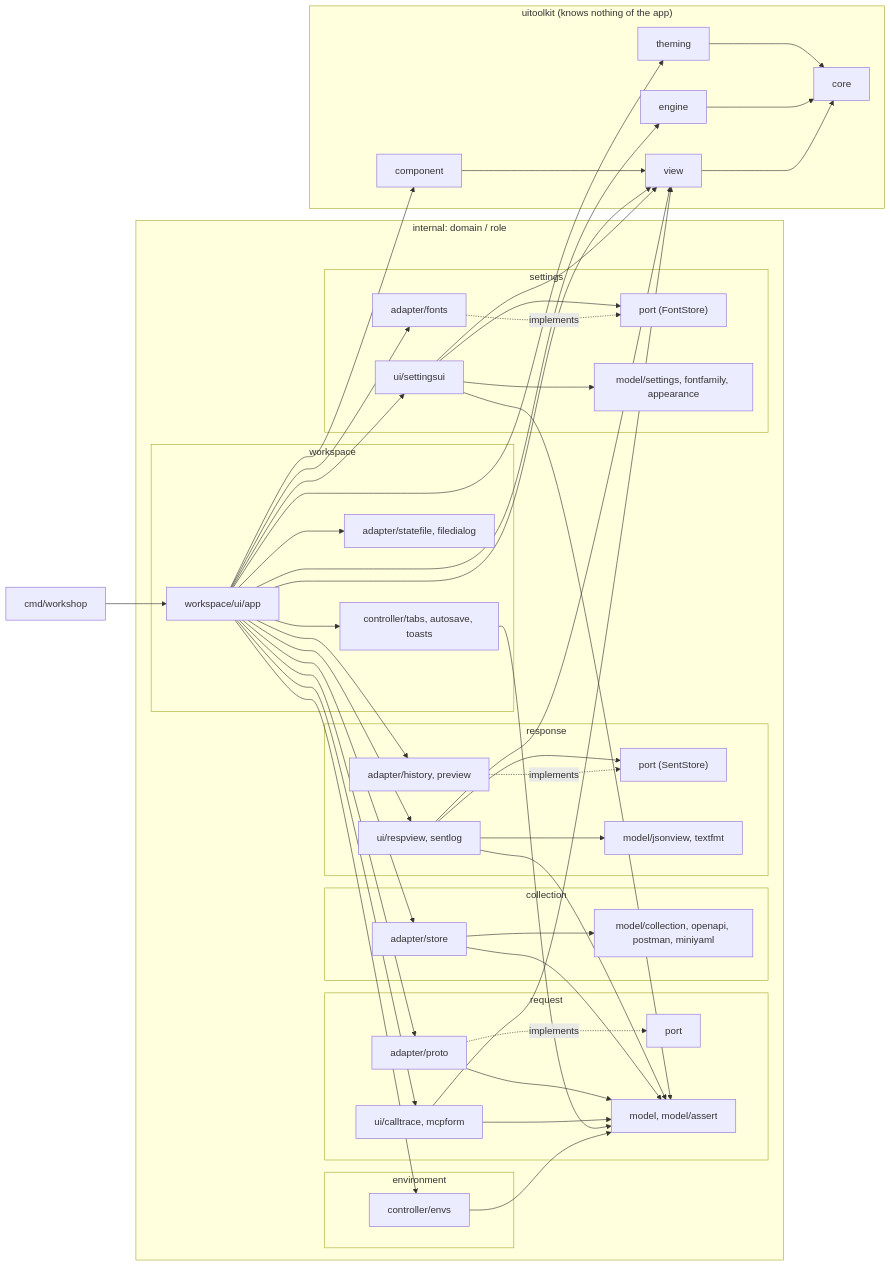
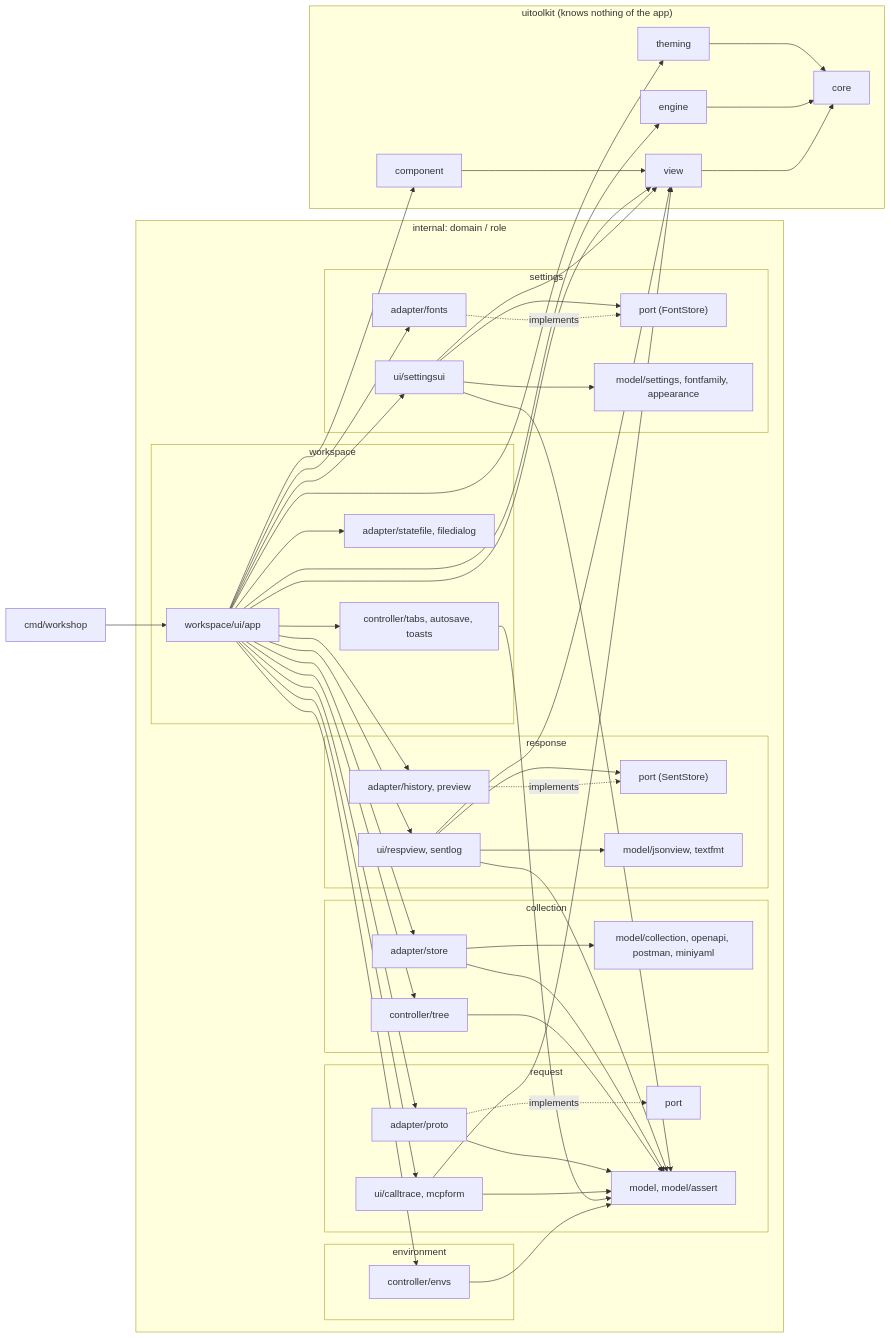
The diagram in .harness/architecture.md (gascoigne-ai/gascoigne-workshop), drawn with Mermaid before and after one commit. The commit also changed other lines of this file and 5 other files, not shown here.

First line of the commit message:
refactor(collection): tree operation rules move to controller/tree

````diff
--- a/.harness/architecture.md
+++ b/.harness/architecture.md
@@ -5,56 +5,57 @@
 ```mermaid
 flowchart LR
   cmd["cmd/workshop"] --> app["workspace/ui/app"]
   subgraph domains["internal: domain / role"]
     subgraph request
       rui["ui/calltrace, mcpform"]
       rad["adapter/proto"]
       rport["port"]
       rmod["model, model/assert"]
     end
     subgraph collection
       cad["adapter/store"]
+      cctl["controller/tree"]
       cmod["model/collection, openapi, postman, miniyaml"]
     end
     subgraph response
       sui["ui/respview, sentlog"]
       sport["port (SentStore)"]
       sad["adapter/history, preview"]
       smod["model/jsonview, textfmt"]
     end
     subgraph settings
       tui["ui/settingsui"]
       tport["port (FontStore)"]
       tad["adapter/fonts"]
       tmod["model/settings, fontfamily, appearance"]
     end
     subgraph environment
       ectl["controller/envs"]
     end
     subgraph workspace
       app
       wctl["controller/tabs, autosave, toasts"]
       wad["adapter/statefile, filedialog"]
     end
   end
-  app --> ectl & wctl
-  ectl & wctl --> rmod
+  app --> ectl & wctl & cctl
+  ectl & wctl & cctl --> rmod
   app --> rui & rad & cad & sui & sad & tui & tad & wad
   rui & rad & cad & sui & tui --> rmod
   rad -. implements .-> rport
   sad -. implements .-> sport
   sui --> sport
   tad -. implements .-> tport
   tui --> tport
   tui --> tmod
   cad --> cmod
   sui --> smod
   subgraph toolkit["uitoolkit (knows nothing of the app)"]
     component["component"] --> view["view"]
     view --> core["core"]
     engine["engine"] --> core
     theming["theming"] --> core
   end
   app --> component & view & engine & theming
   rui & sui & tui --> view
 ```
````
